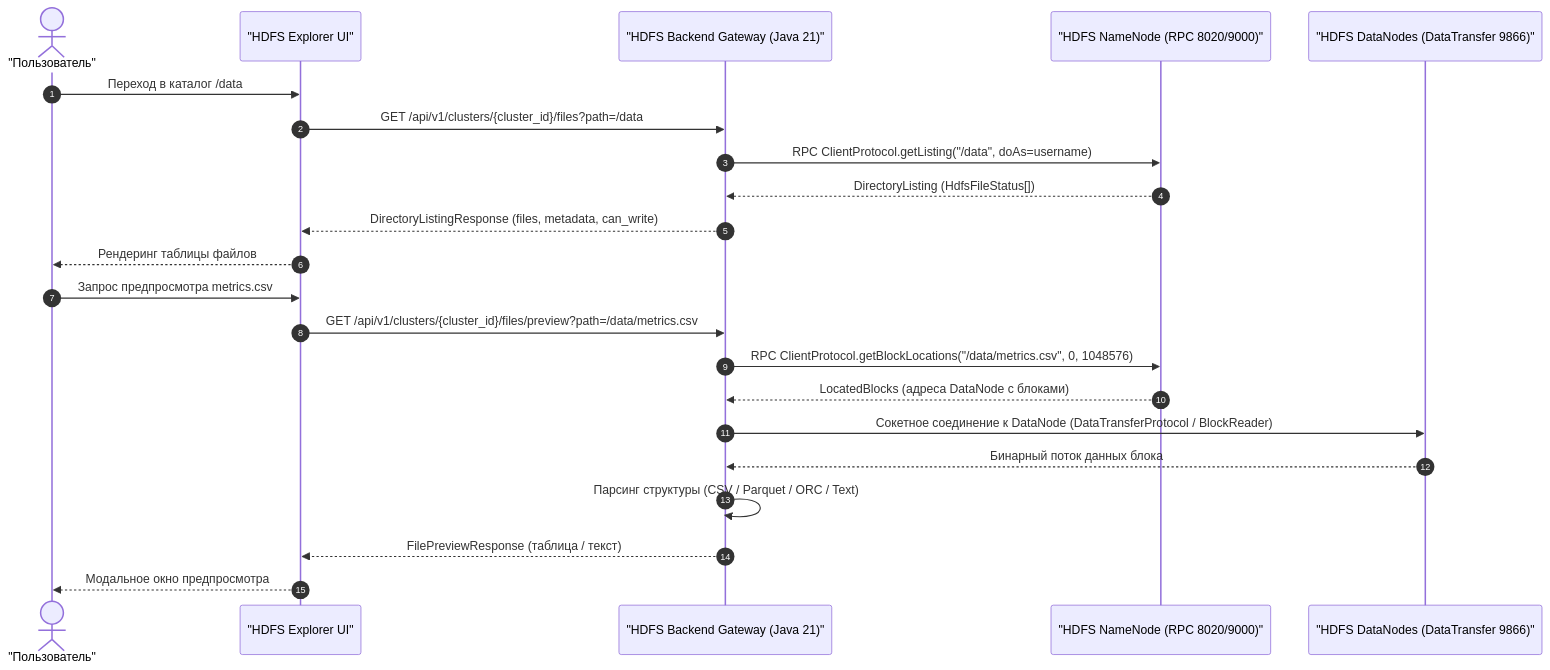
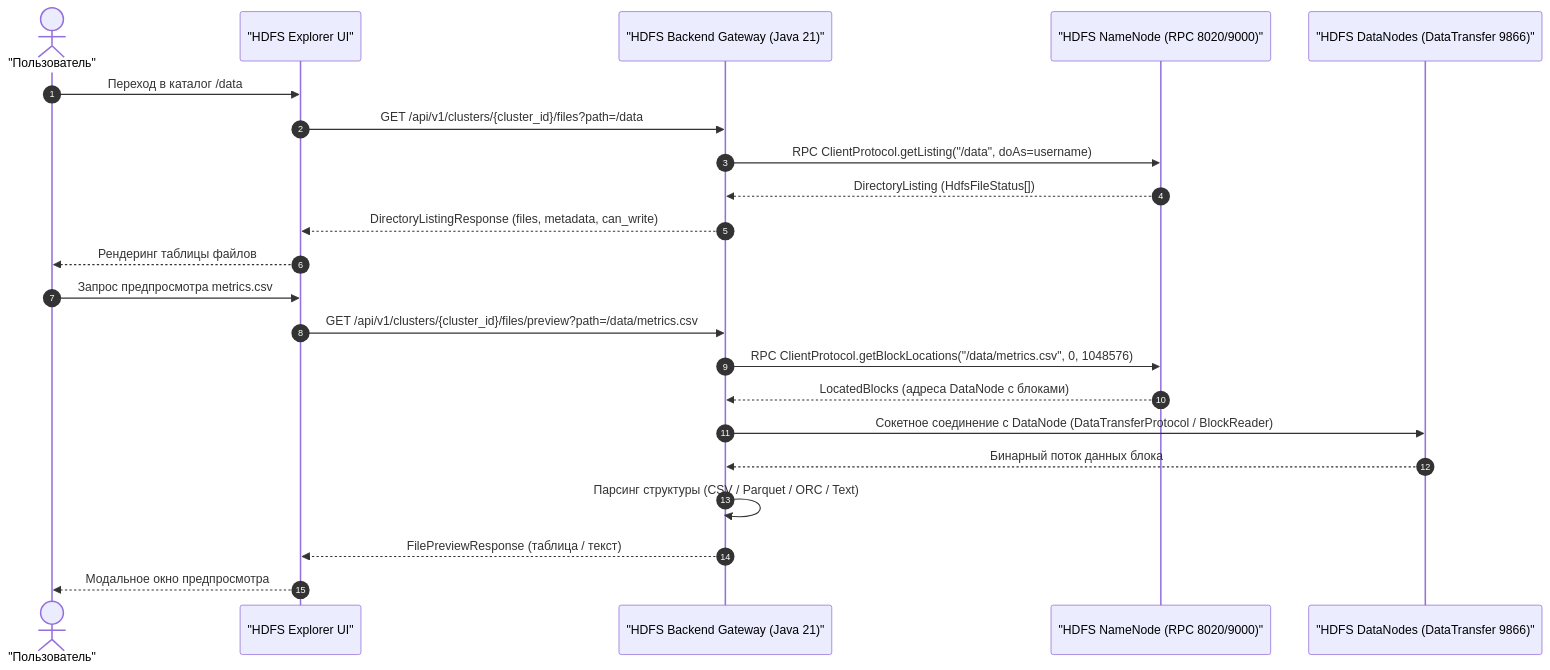
Before and after one commit to balookrd/hadoop-explorer: the second of 2 diagrams in docs/hdfs-user-guide.md, drawn with Mermaid. The commit also changed other lines of this file and 10 other files, not shown here.

````diff
--- a/docs/hdfs-user-guide.md
+++ b/docs/hdfs-user-guide.md
@@ -73,26 +73,26 @@
 ```mermaid
 sequenceDiagram
     autonumber
     actor U as "Пользователь"
     participant UI as "HDFS Explorer UI"
     participant BE as "HDFS Backend Gateway (Java 21)"
     participant NN as "HDFS NameNode (RPC 8020/9000)"
     participant DN as "HDFS DataNodes (DataTransfer 9866)"
 
     U->>UI: Переход в каталог /data
     UI->>BE: GET /api/v1/clusters/{cluster_id}/files?path=/data
     BE->>NN: RPC ClientProtocol.getListing("/data", doAs=username)
     NN-->>BE: DirectoryListing (HdfsFileStatus[])
     BE-->>UI: DirectoryListingResponse (files, metadata, can_write)
     UI-->>U: Рендеринг таблицы файлов
 
     U->>UI: Запрос предпросмотра metrics.csv
     UI->>BE: GET /api/v1/clusters/{cluster_id}/files/preview?path=/data/metrics.csv
     BE->>NN: RPC ClientProtocol.getBlockLocations("/data/metrics.csv", 0, 1048576)
     NN-->>BE: LocatedBlocks (адреса DataNode с блоками)
-    BE->>DN: Сокетное соединение к DataNode (DataTransferProtocol / BlockReader)
+    BE->>DN: Сокетное соединение с DataNode (DataTransferProtocol / BlockReader)
     DN-->>BE: Бинарный поток данных блока
     BE->>BE: Парсинг структуры (CSV / Parquet / ORC / Text)
     BE-->>UI: FilePreviewResponse (таблица / текст)
     UI-->>U: Модальное окно предпросмотра
 ```
````
